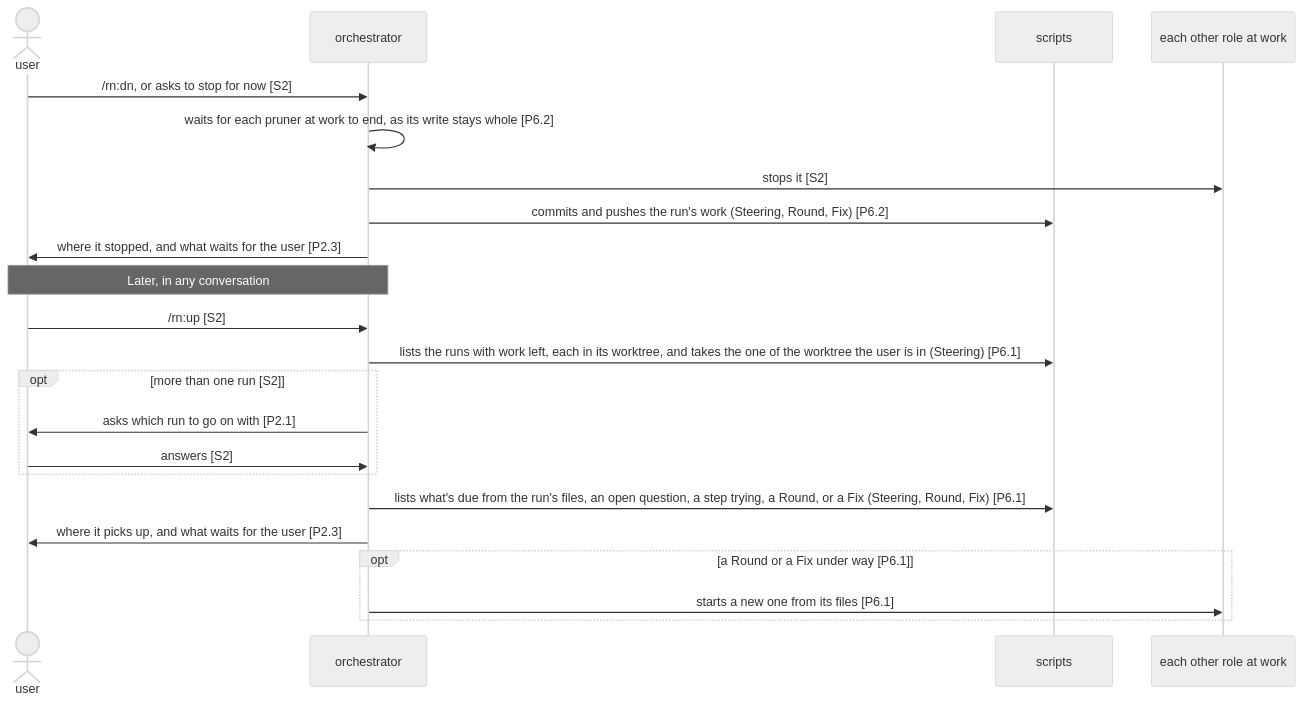
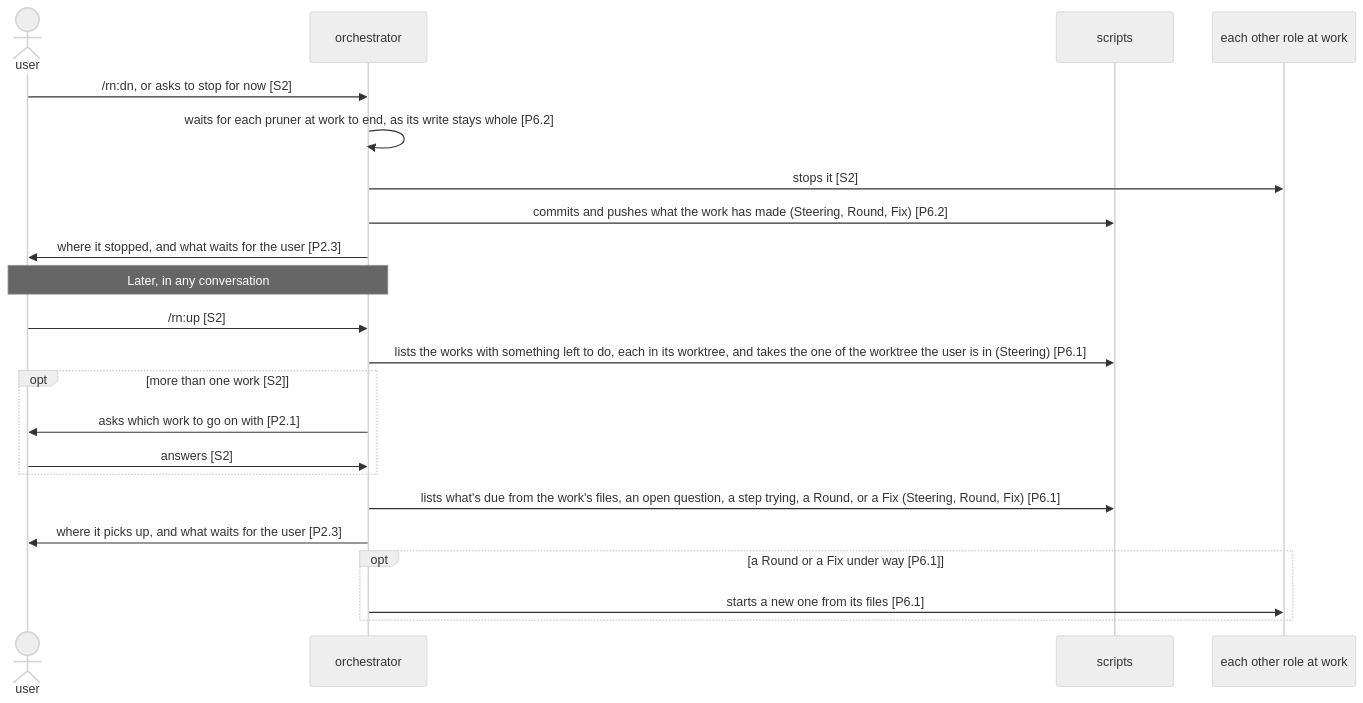
One commit to lovaizu/ccpm changed the second of 3 diagrams in dev/rn/architecture.md. Above: the diagram before and after it, drawn with Mermaid (neutral theme). The commit also changed other lines of this file and 53 other files, not shown here.

First line of the commit message:
rn: call one piece of rn's work a work, in place of the noun run

````diff
--- a/dev/rn/architecture.md
+++ b/dev/rn/architecture.md
@@ -329,24 +329,24 @@
 ```mermaid
 sequenceDiagram
   actor U as user
   participant O as orchestrator
   participant S as scripts
   participant W as each other role at work
   U->>O: /rn:dn, or asks to stop for now [S2]
   O->>O: waits for each pruner at work to end, as its write stays whole [P6.2]
   O->>W: stops it [S2]
-  O->>S: commits and pushes the run's work (Steering, Round, Fix) [P6.2]
+  O->>S: commits and pushes what the work has made (Steering, Round, Fix) [P6.2]
   O->>U: where it stopped, and what waits for the user [P2.3]
   Note over U,O: Later, in any conversation
   U->>O: /rn:up [S2]
-  O->>S: lists the runs with work left, each in its worktree, and takes the one of the worktree the user is in (Steering) [P6.1]
-  opt more than one run [S2]
-    O->>U: asks which run to go on with [P2.1]
+  O->>S: lists the works with something left to do, each in its worktree, and takes the one of the worktree the user is in (Steering) [P6.1]
+  opt more than one work [S2]
+    O->>U: asks which work to go on with [P2.1]
     U->>O: answers [S2]
   end
-  O->>S: lists what's due from the run's files, an open question, a step trying, a Round, or a Fix (Steering, Round, Fix) [P6.1]
+  O->>S: lists what's due from the work's files, an open question, a step trying, a Round, or a Fix (Steering, Round, Fix) [P6.1]
   O->>U: where it picks up, and what waits for the user [P2.3]
   opt a Round or a Fix under way [P6.1]
     O->>W: starts a new one from its files [P6.1]
   end
 ```
````
